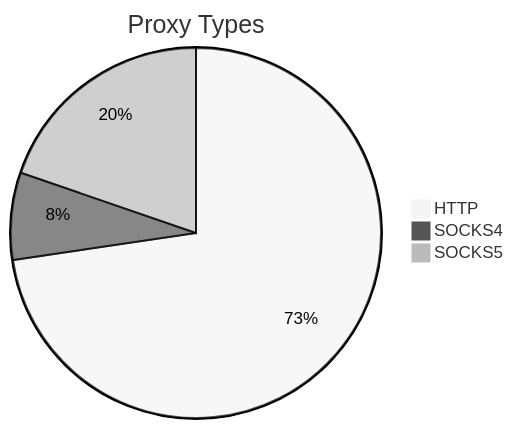
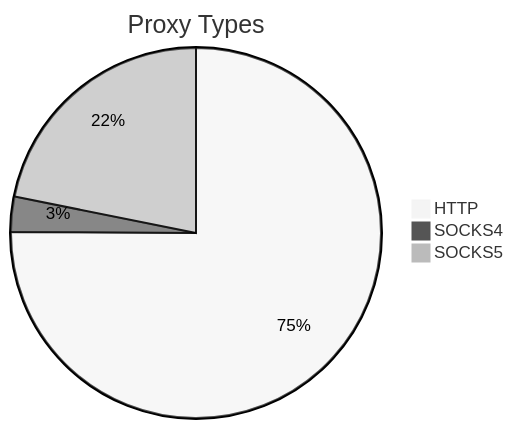
The first of 2 diagrams in README.md (stormsia/proxy-list), drawn with Mermaid (neutral theme) before and after one commit. The commit also changed other lines of this file, not shown here.

````diff
--- a/README.md
+++ b/README.md
@@ -21,6 +21,6 @@
 ```mermaid
 pie title Proxy Types
-    "HTTP" : 210
-    "SOCKS4" : 22
+    "HTTP" : 196
+    "SOCKS4" : 8
     "SOCKS5" : 57
 ```
````
